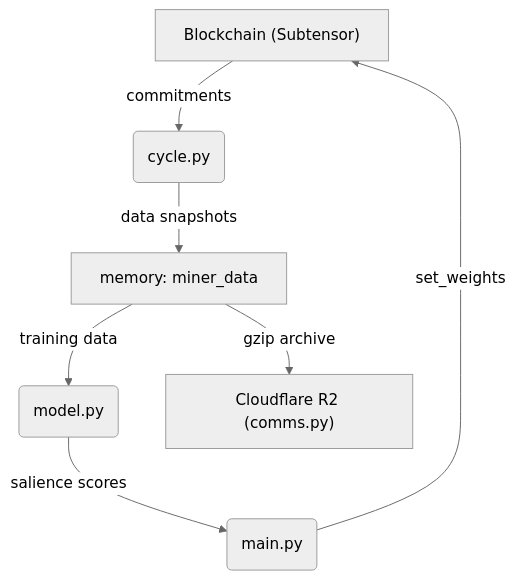
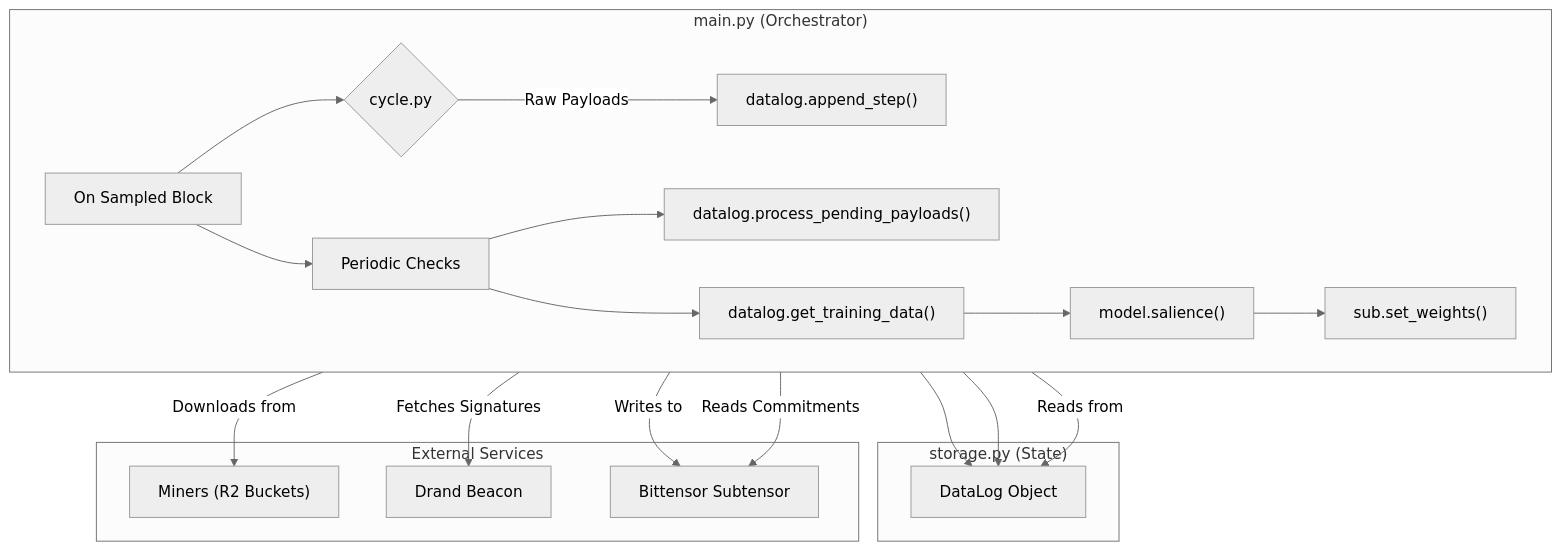
One commit to tranmanhhung/sn123 changed the diagram in README.md. Above: the diagram before and after it, drawn with Mermaid (neutral theme). The commit also changed other lines of this file and 10 other files, not shown here.

````diff
--- a/README.md
+++ b/README.md
@@ -14,9 +17,31 @@
 ```mermaid
 graph TD
-    A["Blockchain (Subtensor)"] -->|"commitments"| B(cycle.py)
-    B -->|"data snapshots"| C["memory: miner_data"]
-    C -->|"training data"| D(model.py)
-    D -->|"salience scores"| E(main.py)
-    E -->|"set_weights"| A
-    C -->|"gzip archive"| F["Cloudflare R2 (comms.py)"]
+    subgraph "main.py (Orchestrator)"
+        direction LR
+        A["On Sampled Block"] --> B{cycle.py};
+        B -->|Raw Payloads| C["datalog.append_step()"];
+        A --> D["Periodic Checks"];
+        D --> E["datalog.process_pending_payloads()"];
+        D --> F["datalog.get_training_data()"];
+        F --> G["model.salience()"];
+        G --> H["sub.set_weights()"];
+    end
+    
+    subgraph "storage.py (State)"
+        I[DataLog Object]
+    end
+
+    subgraph "External Services"
+        J["Miners (R2 Buckets)"]
+        K["Drand Beacon"]
+        L["Bittensor Subtensor"]
+    end
+
+    C --> I;
+    E --> I;
+    F -- Reads from --> I;
+    B -- Downloads from --> J;
+    E -- Fetches Signatures --> K;
+    H -- Writes to --> L;
+    B -- Reads Commitments --> L;
 ```
````
